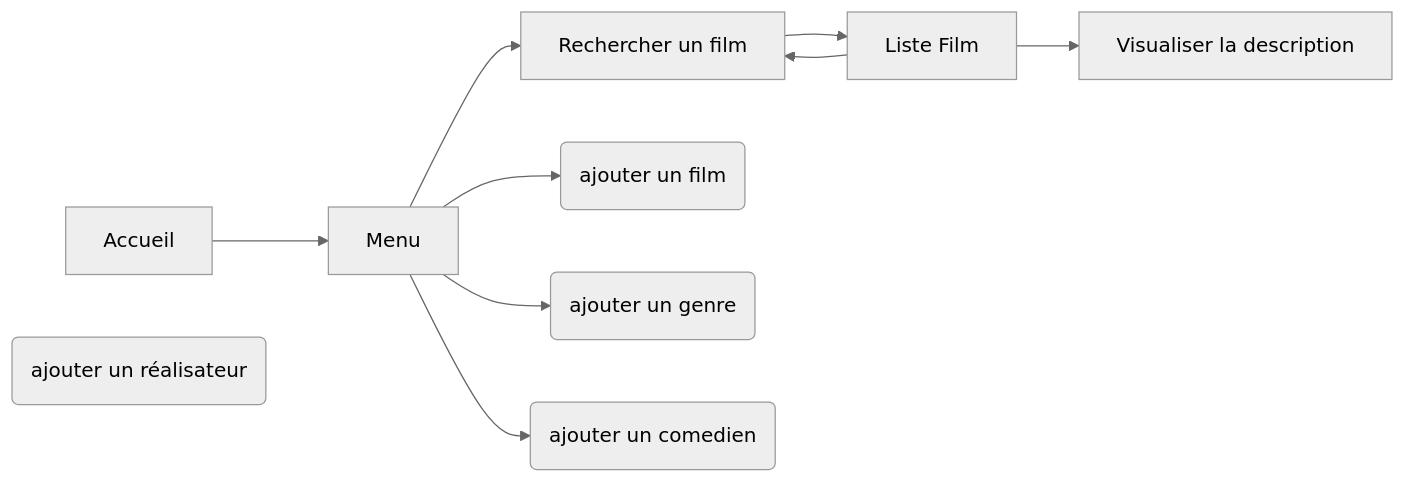
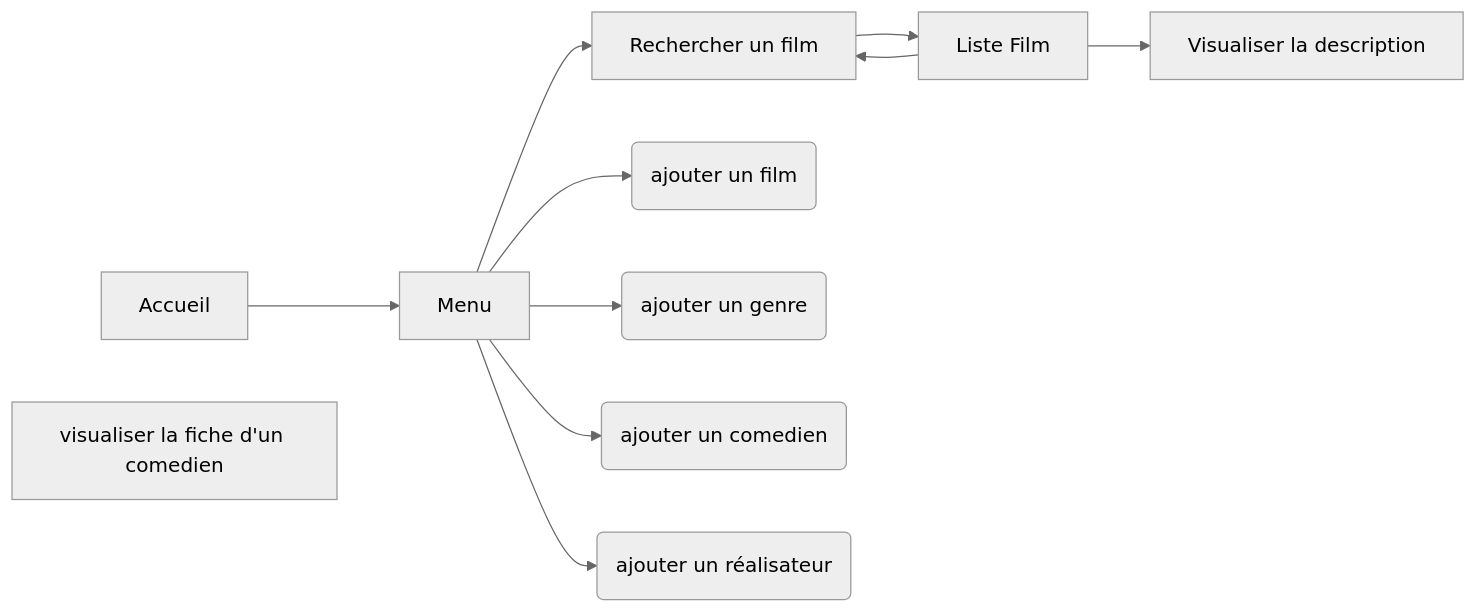
The first of 3 diagrams in README.md (Remynder0/cours_BUT_24-25), drawn with Mermaid (neutral theme) before and after one commit. The commit also changed other lines of this file, not shown here.

````diff
--- a/README.md
+++ b/README.md
@@ -120,19 +120,22 @@
 ```mermaid
 graph LR
 
 A[Accueil]
 B[Visualiser la description]
 C[Rechercher un film]
 D[Liste Film] 
-E[Menu] 
+E[Menu]
+J[visualiser la fiche d'un comedien]
 F(ajouter un film)
 G(ajouter un genre) 
 H(ajouter un comedien) 
 I(ajouter un réalisateur)
 
 A --> E --> C --> D --> B
+
 D --> C
 E --> F
 E --> G
 E --> H
+E --> I
 ```
````
